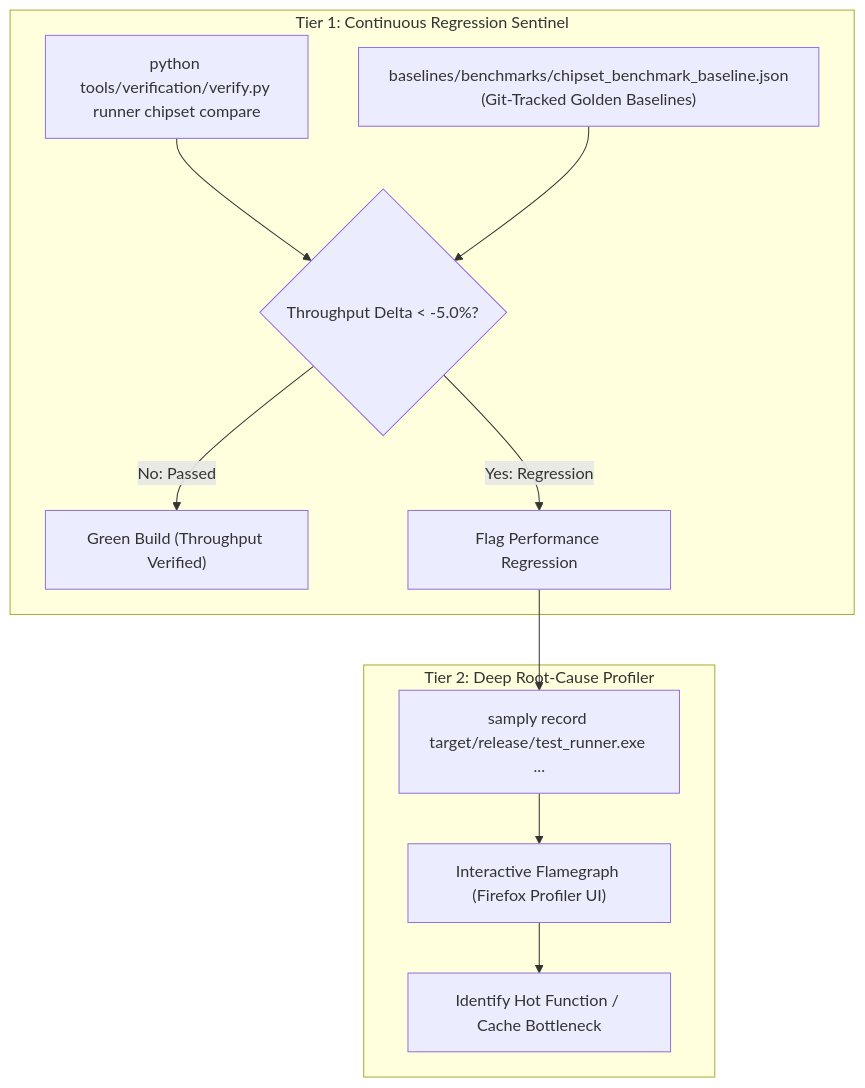
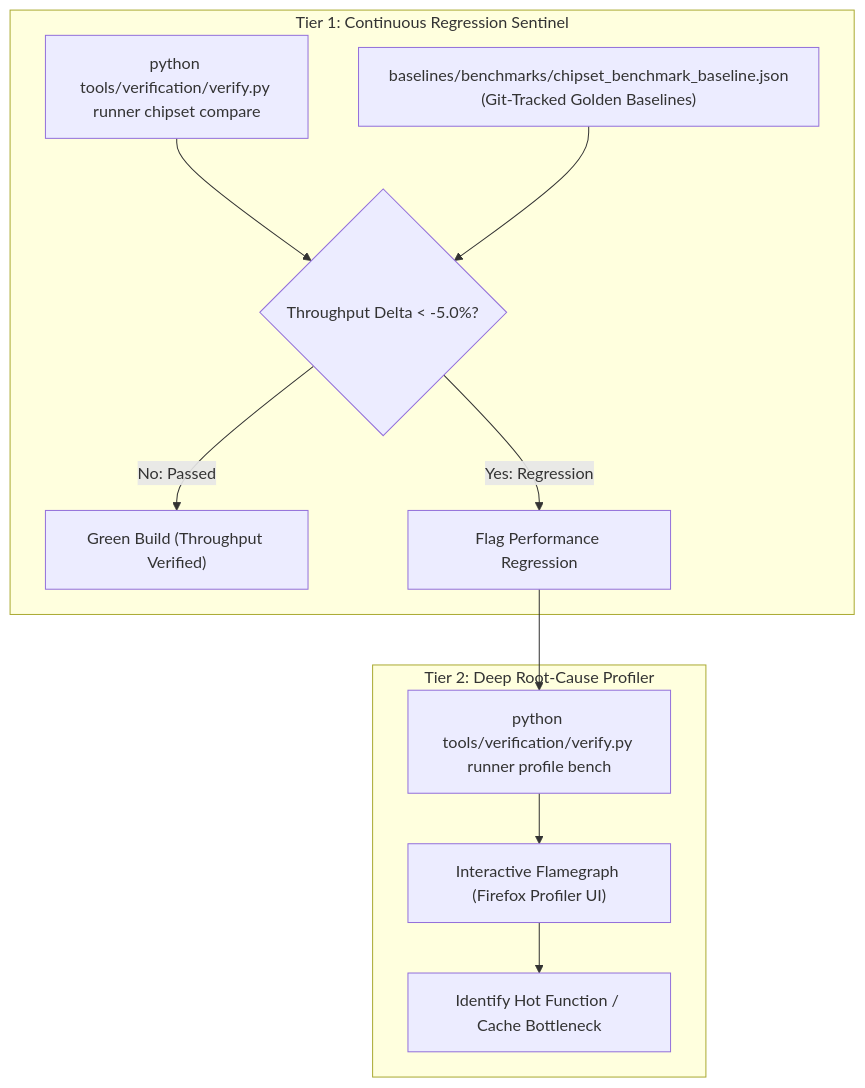
One commit to tomek-anuszkiewicz/amiga-studio changed the diagram in Obsidian/Amiga/Design/Performance/Performance Profiling and Optimization Strategy.md. Above: the diagram before and after it, drawn with Mermaid. The commit also changed 67 other files, not shown here.

First line of the commit message:
refactor(test-runner): separate Cargo tests and benchmark targets

````diff
--- a/Obsidian/Amiga/Design/Performance/Performance Profiling and Optimization Strategy.md
+++ b/Obsidian/Amiga/Design/Performance/Performance Profiling and Optimization Strategy.md
@@ -33,19 +33,19 @@
 ```mermaid
 graph TD
     subgraph "Tier 1: Continuous Regression Sentinel"
         RUN["python tools/verification/verify.py runner chipset compare"]
         GOLDEN["baselines/benchmarks/chipset_benchmark_baseline.json<br/>(Git-Tracked Golden Baselines)"]
         DELTA{"Throughput Delta < -5.0%?"}
 
         RUN --> DELTA
         GOLDEN --> DELTA
         DELTA -->|No: Passed| OK["Green Build (Throughput Verified)"]
         DELTA -->|Yes: Regression| FAIL["Flag Performance Regression"]
     end
 
     subgraph "Tier 2: Deep Root-Cause Profiler"
-        FAIL --> PROFILE["samply record target/release/test_runner.exe ..."]
+        FAIL --> PROFILE["python tools/verification/verify.py runner profile bench"]
         PROFILE --> FLAME["Interactive Flamegraph (Firefox Profiler UI)"]
         FLAME --> HOTSPOT["Identify Hot Function / Cache Bottleneck"]
     end
 ```
````
